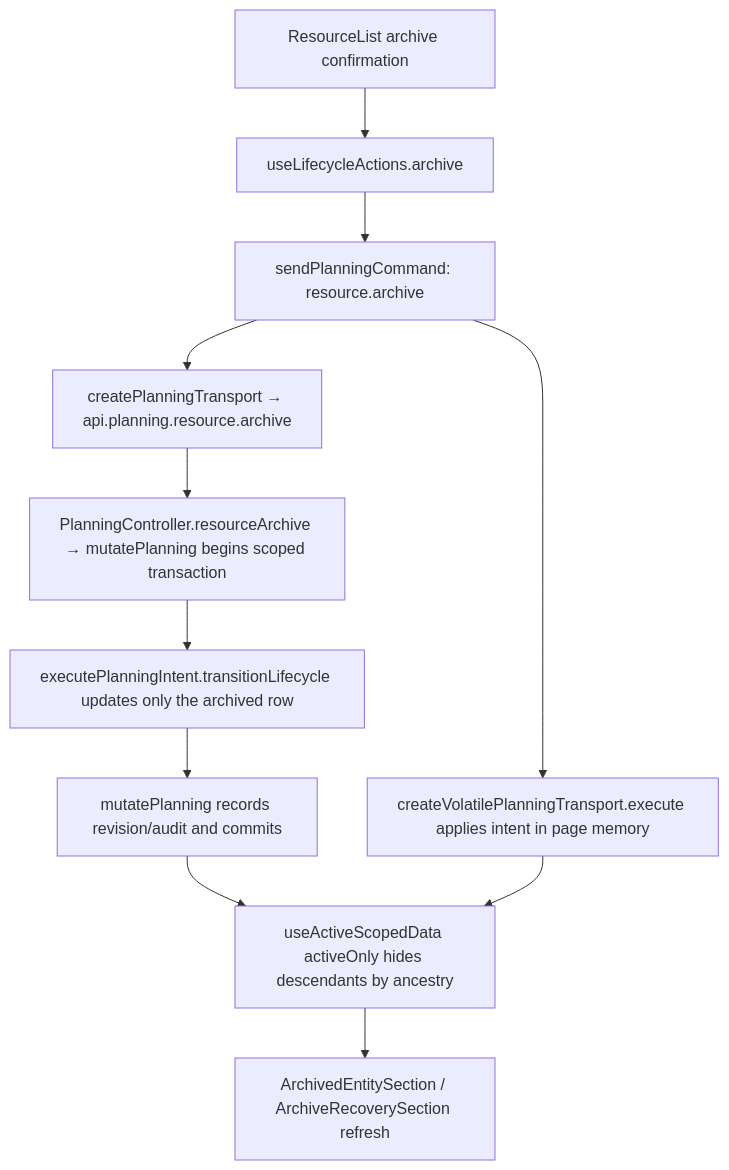
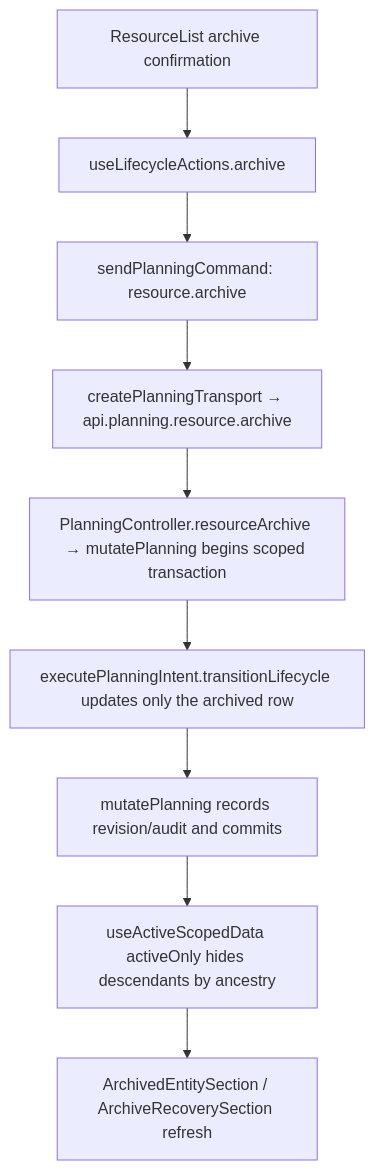
The second of 2 diagrams in user-stories/resources/US-RES-04-archive-resource.md (Kevinjohn/capacitylens), drawn with Mermaid before and after one commit. The commit also changed other lines of this file and 343 other files, not shown here.

````diff
--- a/user-stories/resources/US-RES-04-archive-resource.md
+++ b/user-stories/resources/US-RES-04-archive-resource.md
@@ -31,8 +31,7 @@
 ```mermaid
 flowchart TD
   A["ResourceList archive confirmation"] --> B["useLifecycleActions.archive"] --> C["sendPlanningCommand: resource.archive"]
   C --> D["createPlanningTransport → api.planning.resource.archive"] --> E["PlanningController.resourceArchive → mutatePlanning begins scoped transaction"]
   E --> F["executePlanningIntent.transitionLifecycle updates only the archived row"] --> K["mutatePlanning records revision/audit and commits"] --> F2["useActiveScopedData activeOnly hides descendants by ancestry"]
-  C --> G["createVolatilePlanningTransport.execute applies intent in page memory"] --> F2
   F2 --> H["ArchivedEntitySection / ArchiveRecoverySection refresh"]
 ```
````
